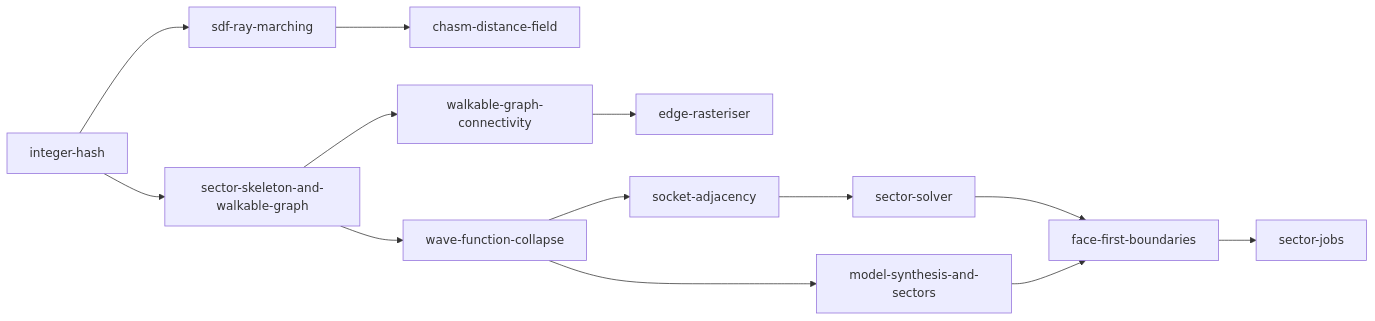
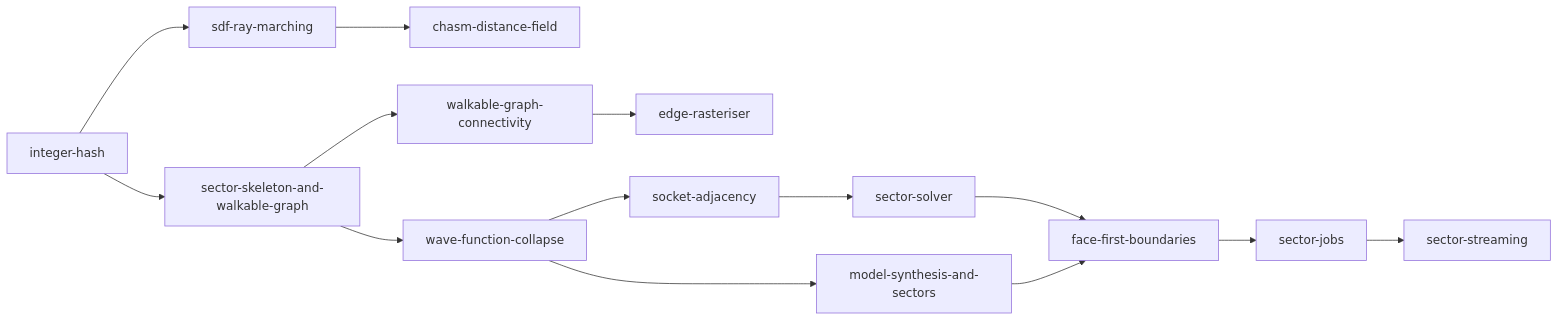
One commit to seletz/megastructure changed the diagram in docs/algorithms/README.md. Above: the diagram before and after it, drawn with Mermaid. The commit also changed other lines of this file and 3 other files, not shown here.

Commit message:
docs(algorithms): describe sector streaming and its collision strategy

````diff
--- a/docs/algorithms/README.md
+++ b/docs/algorithms/README.md
@@ -21,15 +21,16 @@
 ```mermaid
 flowchart LR
     H[integer-hash] --> R[sdf-ray-marching]
     R --> C[chasm-distance-field]
     H --> K[sector-skeleton-and-walkable-graph]
     K --> G[walkable-graph-connectivity]
     G --> E[edge-rasteriser]
     K --> W[wave-function-collapse]
     W --> S[socket-adjacency]
     S --> V[sector-solver]
     W --> M[model-synthesis-and-sectors]
     V --> F[face-first-boundaries]
     M --> F
     F --> J[sector-jobs]
+    J --> T[sector-streaming]
 ```
````
